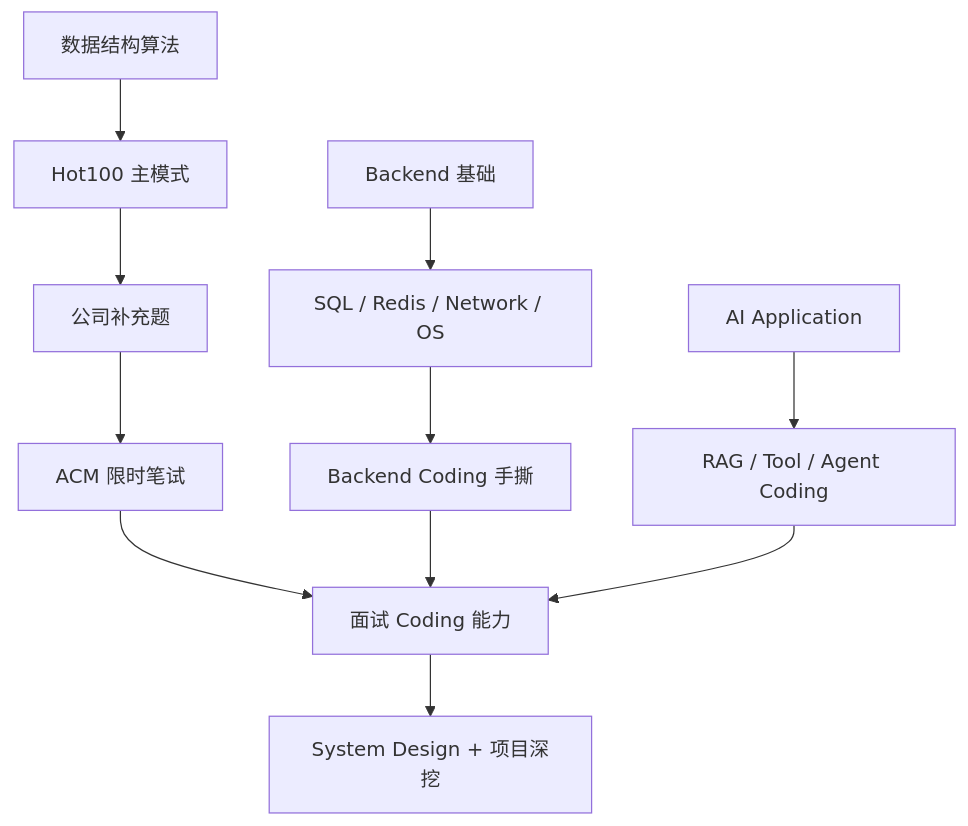
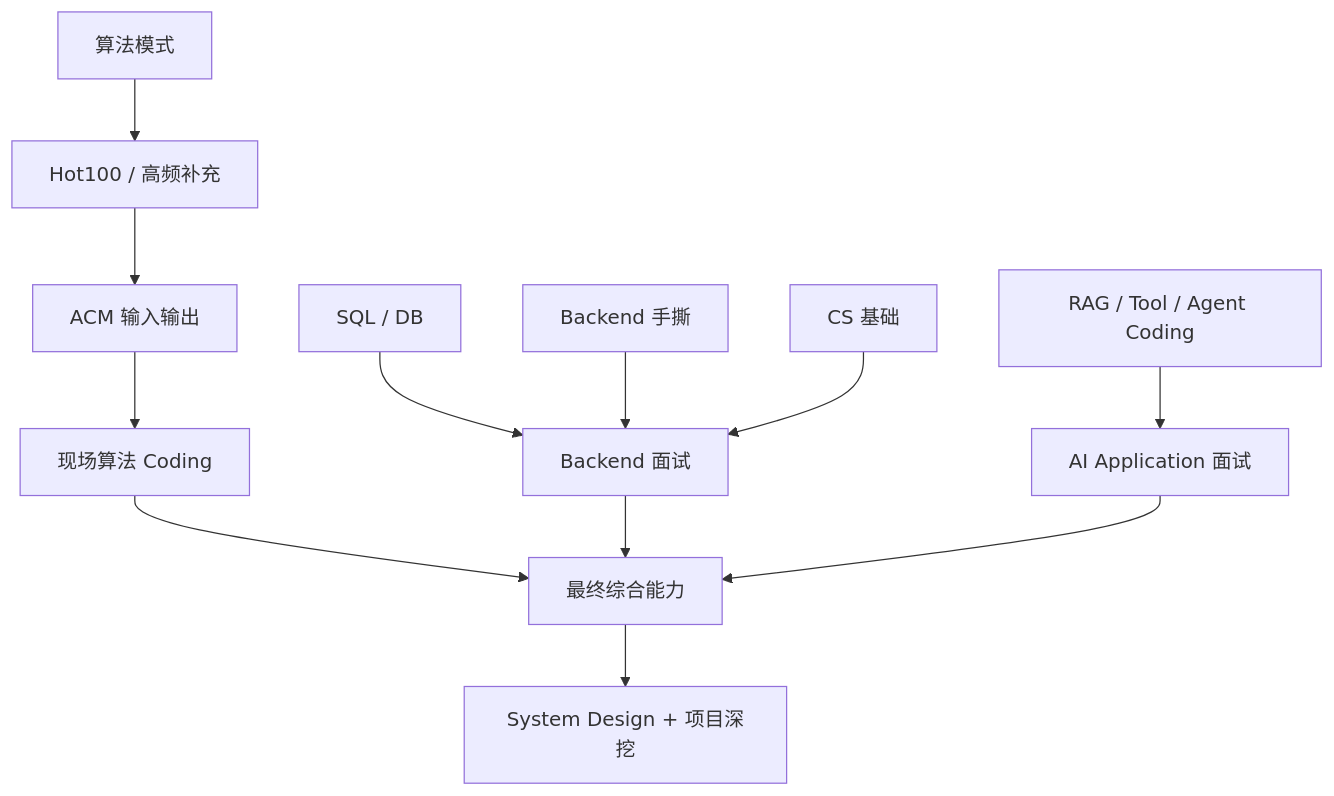
Before and after one commit to xcl2005/RAG-Agent: the first of 4 diagrams in docs/INTERVIEW_ALGORITHMS.md, drawn with Mermaid. The commit also changed other lines of this file, not shown here.

````diff
--- a/docs/INTERVIEW_ALGORITHMS.md
+++ b/docs/INTERVIEW_ALGORITHMS.md
@@ -33,16 +54,16 @@
 ```mermaid
 flowchart TD
-    A[数据结构算法] --> B[Hot100 主模式]
-    B --> C[公司补充题]
-    C --> D[ACM 限时笔试]
+    A[算法模式] --> B[Hot100 / 高频补充]
+    B --> C[ACM 输入输出]
+    C --> D[现场算法 Coding]
 
-    E[Backend 基础] --> F[SQL / Redis / Network / OS]
-    F --> G[Backend Coding 手撕]
+    E[SQL / DB] --> H[Backend 面试]
+    F[Backend 手撕] --> H
+    G[CS 基础] --> H
 
-    H[AI Application] --> I[RAG / Tool / Agent Coding]
-
-    D --> J[面试 Coding 能力]
-    G --> J
-    I --> J
-    J --> K[System Design + 项目深挖]
+    I[RAG / Tool / Agent Coding] --> J[AI Application 面试]
+    D --> K[最终综合能力]
+    H --> K
+    J --> K
+    K --> L[System Design + 项目深挖]
 ```
````
